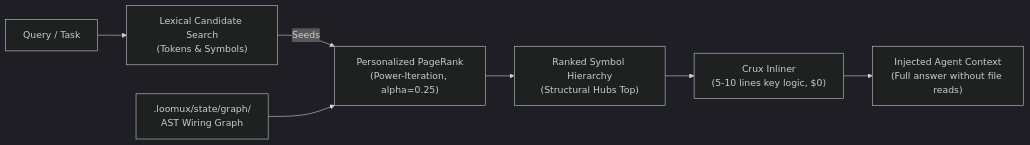
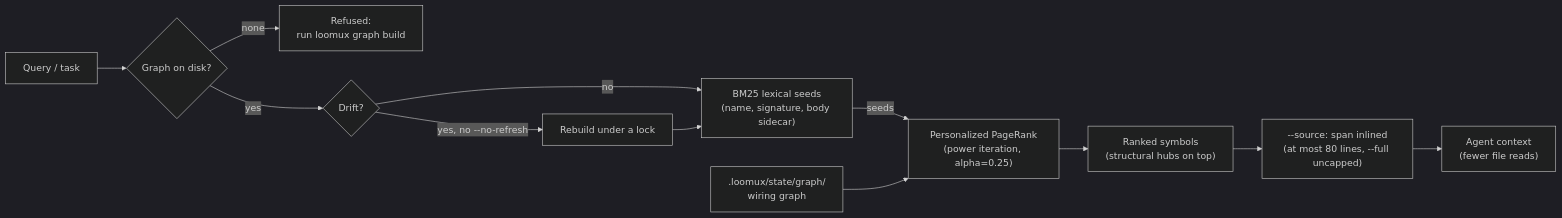
One commit to xidus90/loomux changed the third of 5 diagrams in docs/en/architecture.md. Above: the diagram before and after it, drawn with Mermaid (dark theme). The commit also changed other lines of this file and 9 other files, not shown here.

````diff
--- a/docs/en/architecture.md
+++ b/docs/en/architecture.md
@@ -125,9 +125,14 @@
 ```mermaid
 flowchart LR
-    Q["Query / Task"] --> Lex["Lexical Candidate Search<br/>(Tokens & Symbols)"]
-    Lex --> |Seeds| PR["Personalized PageRank<br/>(Power-Iteration, alpha=0.25)"]
-    Graph[".loomux/state/graph/<br/>AST Wiring Graph"] --> PR
-    PR --> Ranked["Ranked Symbol Hierarchy<br/>(Structural Hubs Top)"]
-    Ranked --> Crux["Crux Inliner<br/>(5-10 lines key logic, $0)"]
-    Crux --> Context["Injected Agent Context<br/>(Full answer without file reads)"]
+    Q["Query / task"] --> Fresh{"Graph on disk?"}
+    Fresh --> |"none"| NoGraph["Refused:<br/>run loomux graph build"]
+    Fresh --> |"yes"| Drift{"Drift?"}
+    Drift --> |"yes, no --no-refresh"| Rebuild["Rebuild under a lock"]
+    Drift --> |"no"| Lex
+    Rebuild --> Lex["BM25 lexical seeds<br/>(name, signature, body sidecar)"]
+    Lex --> |"seeds"| PR["Personalized PageRank<br/>(power iteration, alpha=0.25)"]
+    Graph[".loomux/state/graph/<br/>wiring graph"] --> PR
+    PR --> Ranked["Ranked symbols<br/>(structural hubs on top)"]
+    Ranked --> Src["--source: span inlined<br/>(at most 80 lines, --full uncapped)"]
+    Src --> Context["Agent context<br/>(fewer file reads)"]
 ```
````
